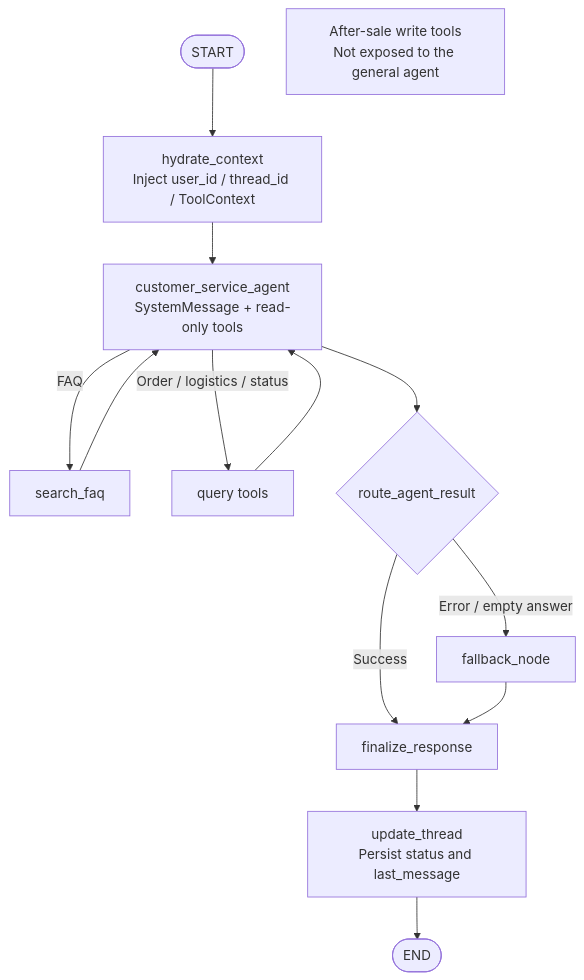
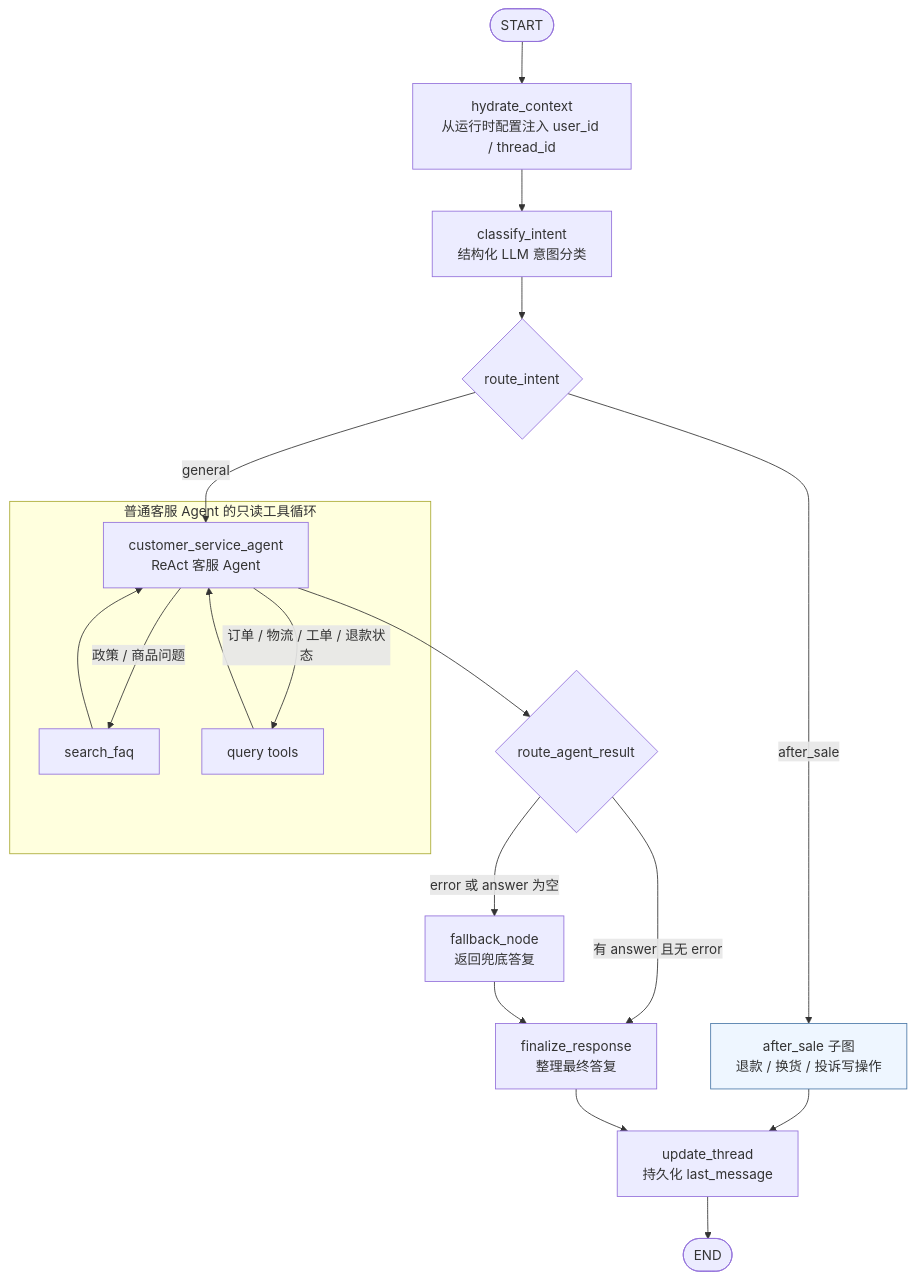
The diagram in graph_design/main.mmd (selennac/Smart-Customer-Service), drawn with Mermaid before and after one commit. The commit also changed 20 other files, not shown here.

Commit message:
1. 完成子图设计 2. 完成admin API

```diff
--- a/graph_design/main.mmd
+++ b/graph_design/main.mmd
@@ -1,18 +1,26 @@
 flowchart TD
-    START([START]) --> hydrate[hydrate_context<br/>Inject user_id / thread_id / ToolContext]
-    hydrate --> agent[customer_service_agent<br/>SystemMessage + read-only tools]
+    START([START]) --> hydrate[hydrate_context<br/>从运行时配置注入 user_id / thread_id]
+    hydrate --> classify[classify_intent<br/>结构化 LLM 意图分类]
 
-    agent -->|FAQ| faqTool[search_faq]
-    agent -->|Order / logistics / status| queryTools[query tools]
-    faqTool --> agent
-    queryTools --> agent
+    classify --> route{route_intent}
+    route -->|general| agent[customer_service_agent<br/>ReAct 客服 Agent]
+    route -->|after_sale| after_sale[after_sale 子图<br/>退款 / 换货 / 投诉写操作]
 
-    agent --> route{route_agent_result}
-    route -->|Success| finalize[finalize_response]
-    route -->|Error / empty answer| fallback[fallback_node]
+    subgraph READ_ONLY[普通客服 Agent 的只读工具循环]
+        agent -->|政策 / 商品问题| faqTool[search_faq]
+        agent -->|订单 / 物流 / 工单 / 退款状态| queryTools[query tools]
+        faqTool --> agent
+        queryTools --> agent
+    end
+
+    agent --> agent_route{route_agent_result}
+    agent_route -->|有 answer 且无 error| finalize[finalize_response<br/>整理最终答复]
+    agent_route -->|error 或 answer 为空| fallback[fallback_node<br/>返回兜底答复]
     fallback --> finalize
 
-    finalize --> persist[update_thread<br/>Persist status and last_message]
+    after_sale --> persist[update_thread<br/>持久化 last_message]
+    finalize --> persist
     persist --> END([END])
 
-    writeTools[After-sale write tools<br/>Not exposed to the general agent]
+    classDef boundary fill:#eef6ff,stroke:#4a78a8,stroke-width:1px
+    class after_sale boundary
```
